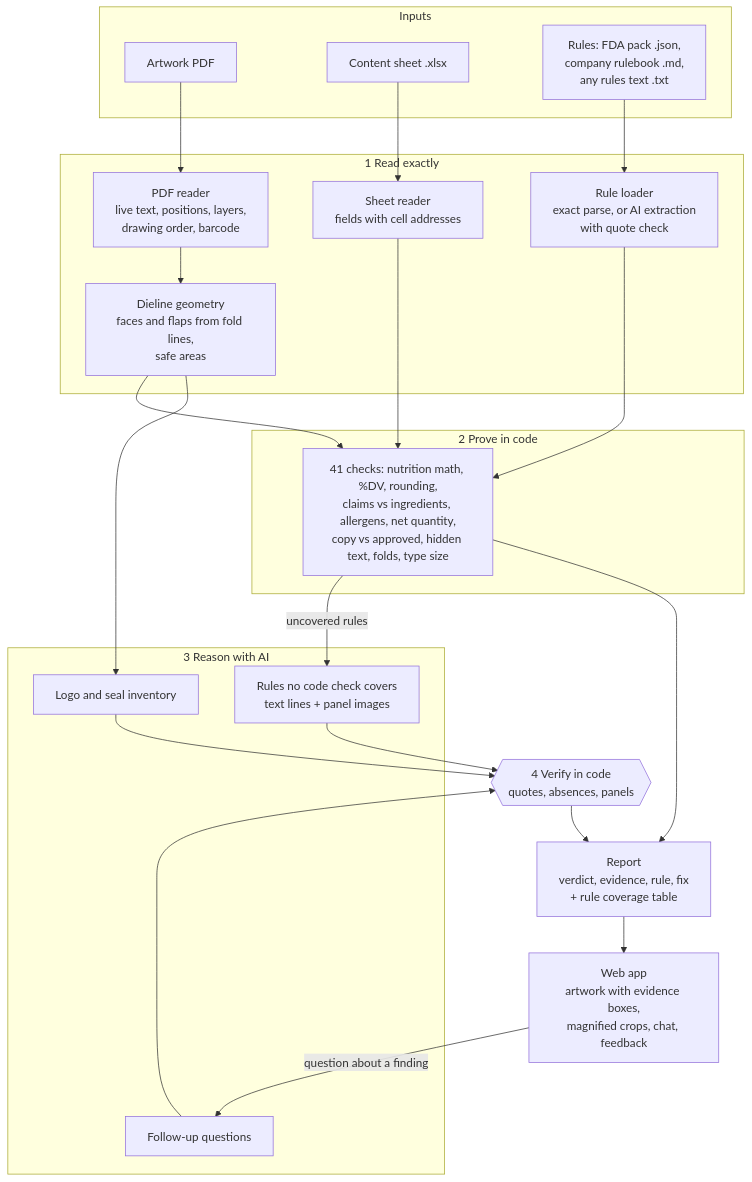
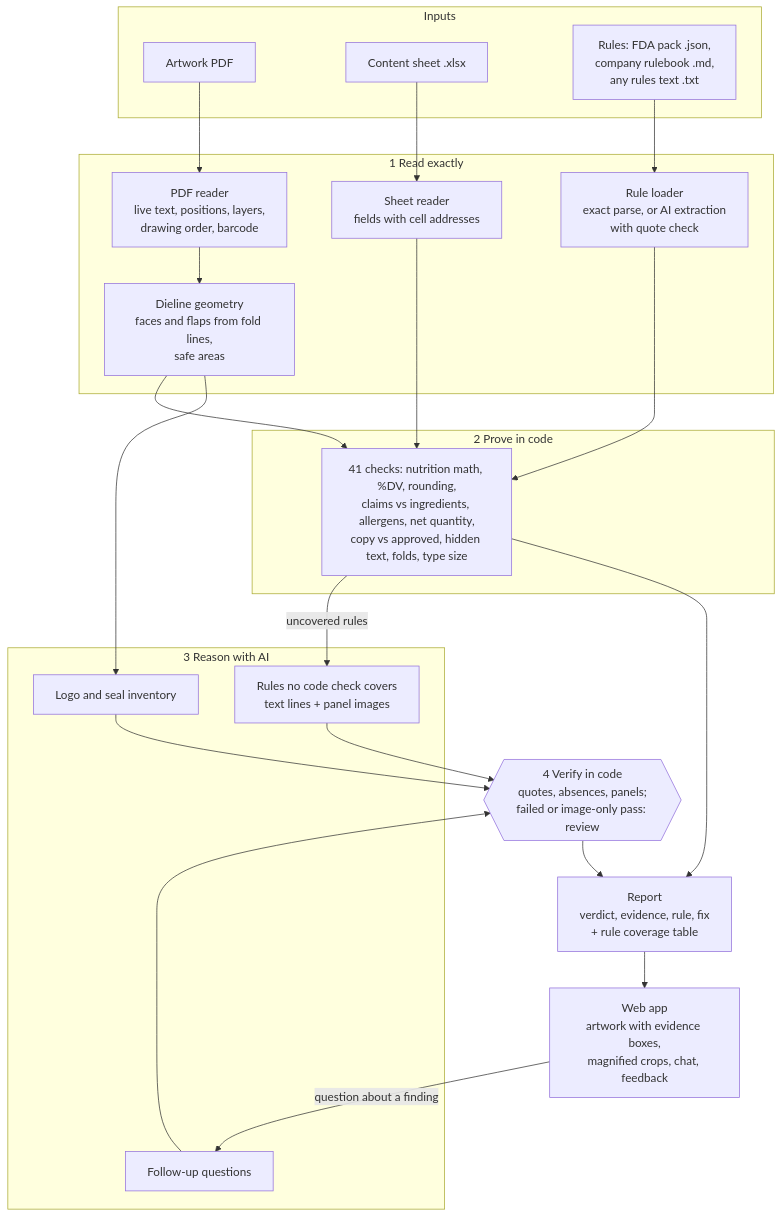
The diagram in README.md (praharj123barman-glitch/shelfready), drawn with Mermaid before and after one commit. The commit also changed other lines of this file and 53 other files, not shown here.

````diff
--- a/README.md
+++ b/README.md
@@ -105,44 +118,44 @@
 ```mermaid
 flowchart TB
     subgraph Inputs
         PDF[Artwork PDF]
         XLSX[Content sheet .xlsx]
         RULES[Rules: FDA pack .json,<br/>company rulebook .md,<br/>any rules text .txt]
     end
 
     subgraph Read["1 Read exactly"]
         EXT[PDF reader<br/>live text, positions, layers,<br/>drawing order, barcode]
         DIE[Dieline geometry<br/>faces and flaps from fold lines,<br/>safe areas]
         SHEET[Sheet reader<br/>fields with cell addresses]
         RB[Rule loader<br/>exact parse, or AI extraction<br/>with quote check]
     end
 
     subgraph Code["2 Prove in code"]
         CHK[41 checks: nutrition math, %DV, rounding,<br/>claims vs ingredients, allergens, net quantity,<br/>copy vs approved, hidden text, folds, type size]
     end
 
     subgraph AI["3 Reason with AI"]
         AIR[Rules no code check covers<br/>text lines + panel images]
         MARKS[Logo and seal inventory]
         CHAT[Follow-up questions]
     end
 
-    VER{{4 Verify in code<br/>quotes, absences, panels}}
+    VER{{4 Verify in code<br/>quotes, absences, panels;<br/>failed or image-only pass: review}}
     REP[Report<br/>verdict, evidence, rule, fix<br/>+ rule coverage table]
     UI[Web app<br/>artwork with evidence boxes,<br/>magnified crops, chat, feedback]
 
     PDF --> EXT --> DIE
     XLSX --> SHEET
     RULES --> RB
     DIE --> CHK
     SHEET --> CHK
     RB --> CHK
     CHK -- uncovered rules --> AIR
     DIE --> MARKS
     AIR --> VER
     MARKS --> VER
     CHK --> REP
     VER --> REP
     REP --> UI
     UI -- question about a finding --> CHAT --> VER
 ```
````
